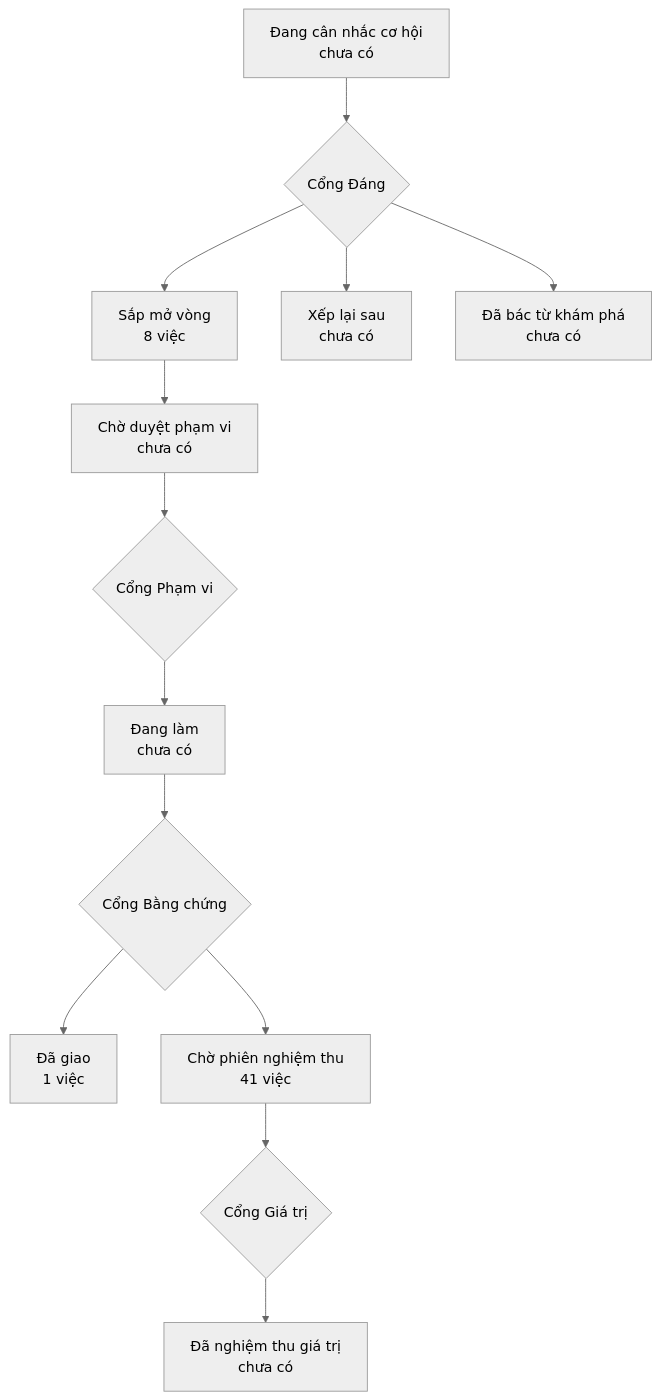
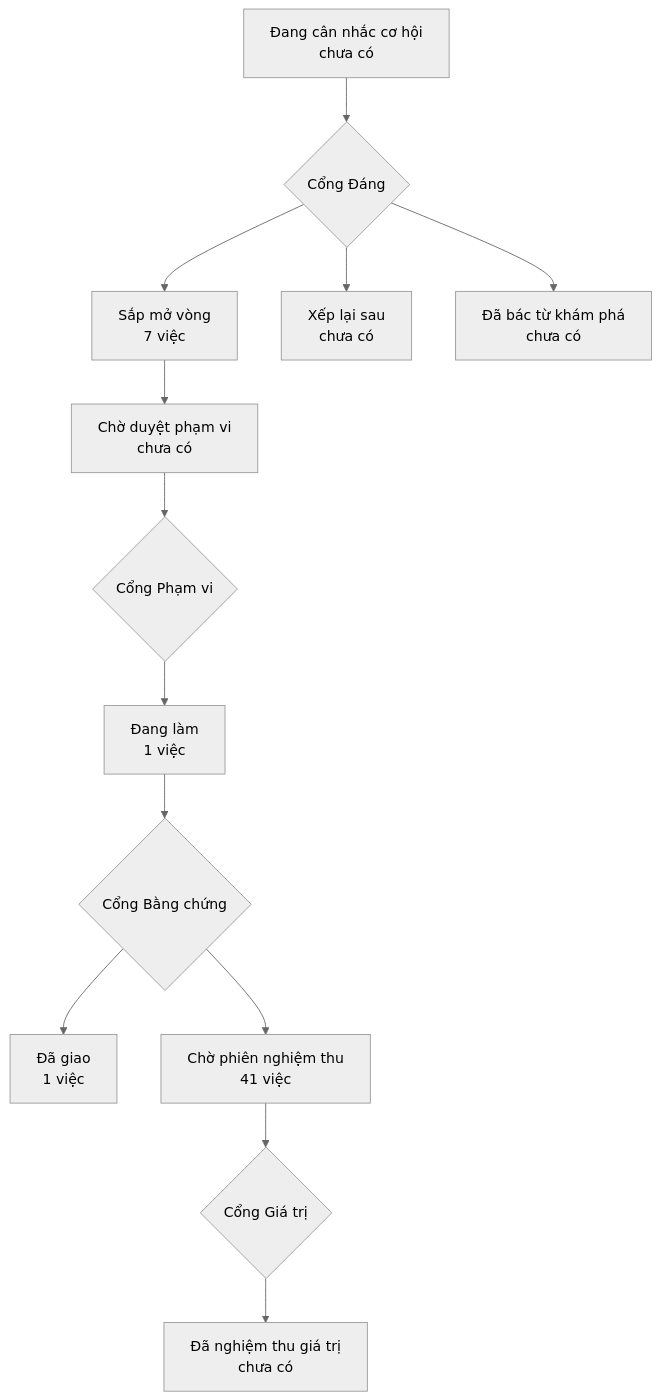
The diagram in PRODUCT-MAP.md (phanlemanh/onehub-inventory), drawn with Mermaid (neutral theme) before and after one commit. The commit also changed other lines of this file and 3 other files, not shown here.

````diff
--- a/PRODUCT-MAP.md
+++ b/PRODUCT-MAP.md
@@ -7,12 +7,12 @@
 ```mermaid
 flowchart TD
   A["Đang cân nhắc cơ hội<br/>chưa có"] --> GD{"Cổng Đáng"}
-  GD --> B["Sắp mở vòng<br/>8 việc"]
+  GD --> B["Sắp mở vòng<br/>7 việc"]
   GD --> XL["Xếp lại sau<br/>chưa có"]
   GD --> DB["Đã bác từ khám phá<br/>chưa có"]
   B --> CD["Chờ duyệt phạm vi<br/>chưa có"] --> GP{"Cổng Phạm vi"}
-  GP --> DL["Đang làm<br/>chưa có"] --> GB{"Cổng Bằng chứng"}
+  GP --> DL["Đang làm<br/>1 việc"] --> GB{"Cổng Bằng chứng"}
   GB --> DG["Đã giao<br/>1 việc"]
   GB --> CN["Chờ phiên nghiệm thu<br/>41 việc"] --> GG{"Cổng Giá trị"}
   GG --> NT["Đã nghiệm thu giá trị<br/>chưa có"]
 ```
````
